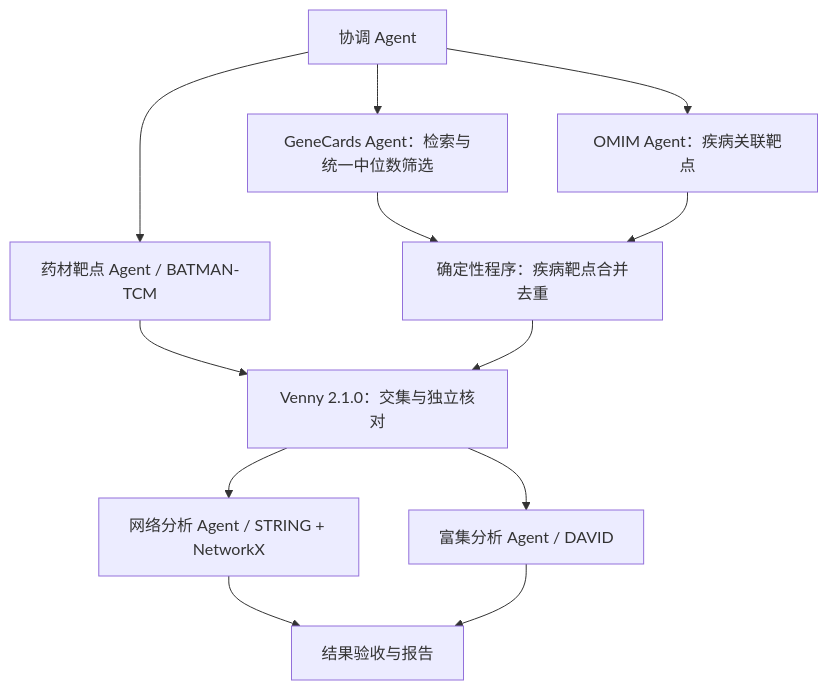
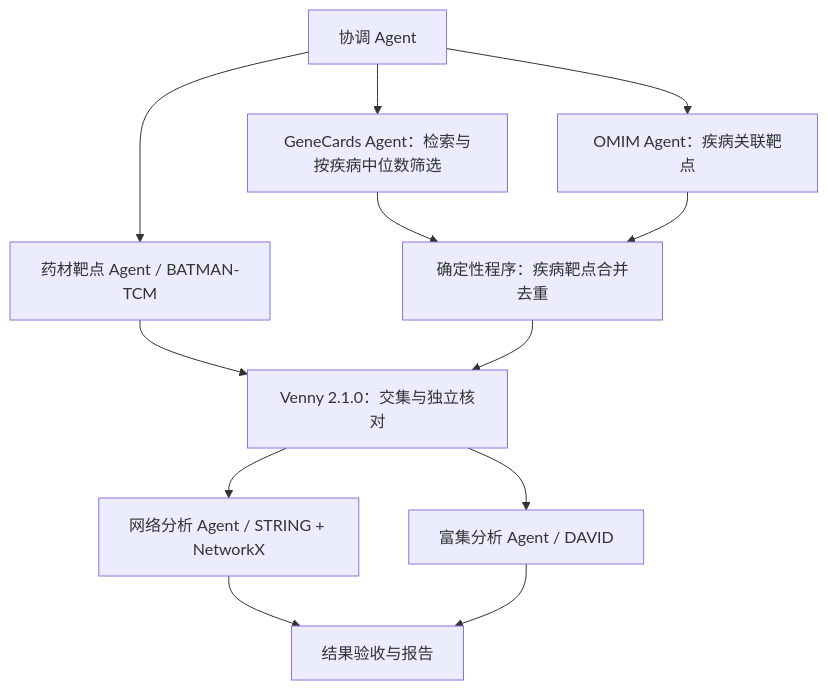
One commit to HappyLifeToCode/PharmacologyMultiAgent changed the diagram in README.md. Above: the diagram before and after it, drawn with Mermaid. The commit also changed other lines of this file and 19 other files, not shown here.

````diff
--- a/README.md
+++ b/README.md
@@ -74,14 +74,14 @@
 ```mermaid
 flowchart TD
     C[协调 Agent] --> H[药材靶点 Agent / BATMAN-TCM]
-    C --> GC[GeneCards Agent：检索与统一中位数筛选]
+    C --> GC[GeneCards Agent：检索与按疾病中位数筛选]
     C --> OM[OMIM Agent：疾病关联靶点]
     GC --> D[确定性程序：疾病靶点合并去重]
     OM --> D
     H --> V[Venny 2.1.0：交集与独立核对]
     D --> V
     V --> N[网络分析 Agent / STRING + NetworkX]
     V --> E[富集分析 Agent / DAVID]
     N --> R[结果验收与报告]
     E --> R
 ```
````
